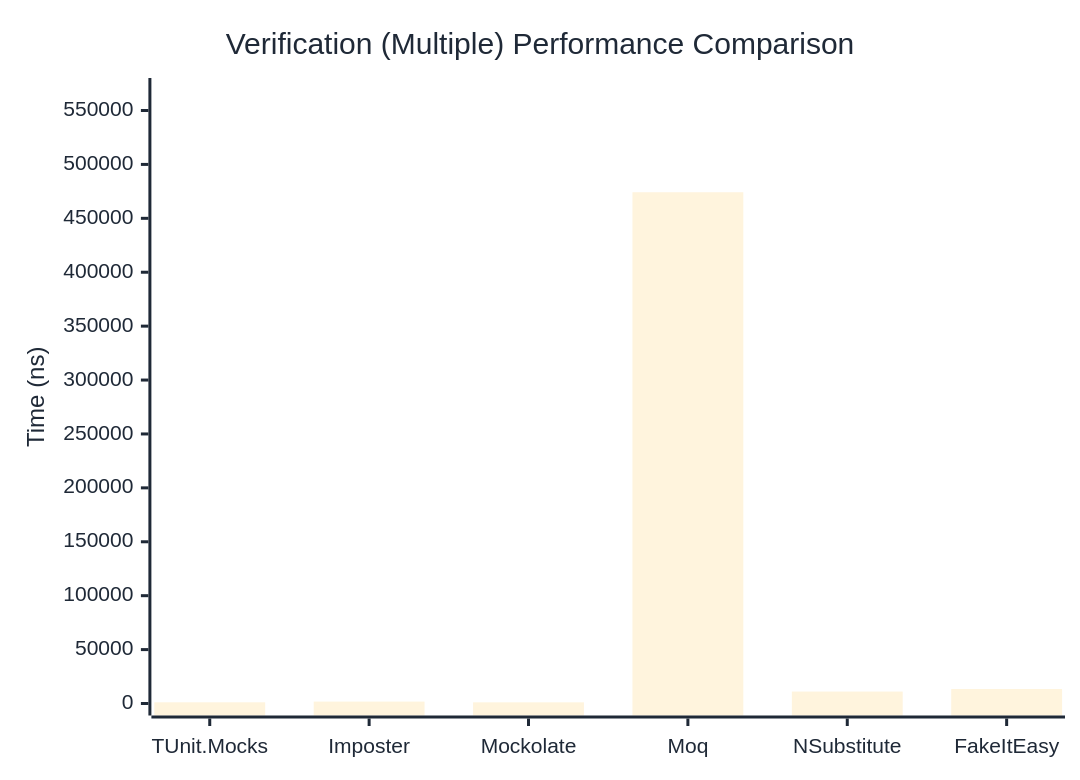
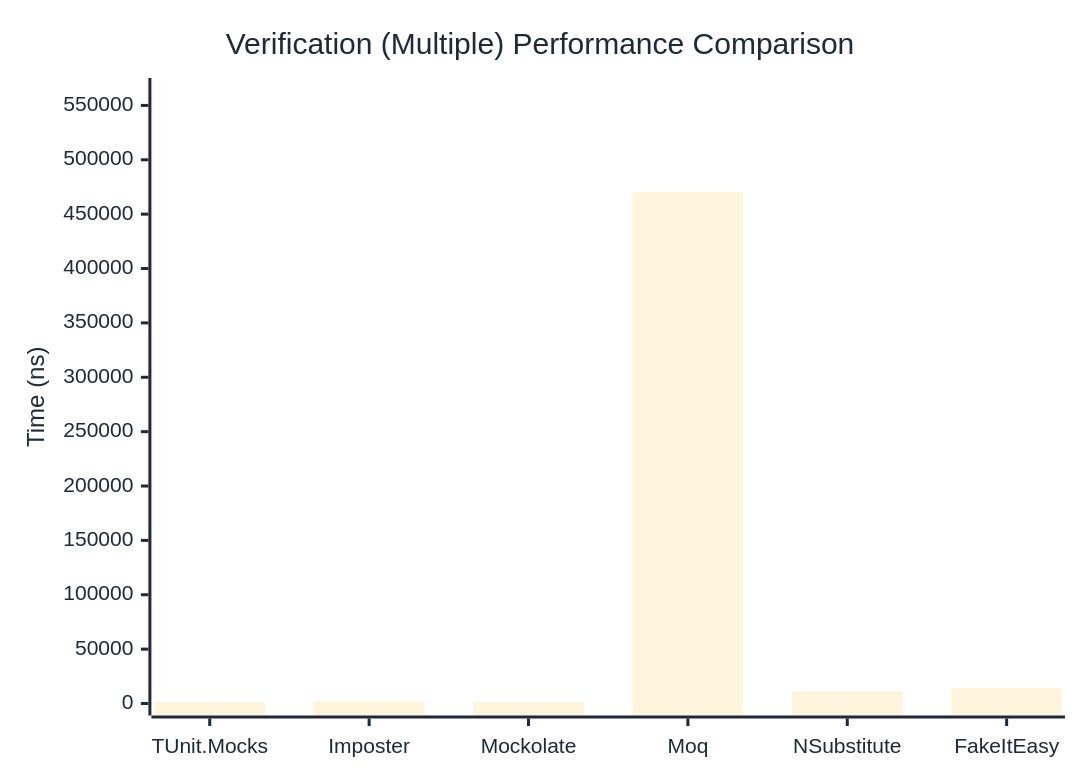
Before and after one commit to thomhurst/TUnit: the third of 3 diagrams in docs/docs/benchmarks/mocks/Verification.md, drawn with Mermaid. The commit also changed other lines of this file and 14 other files, not shown here.

````diff
--- a/docs/docs/benchmarks/mocks/Verification.md
+++ b/docs/docs/benchmarks/mocks/Verification.md
@@ -110,27 +110,27 @@
 ```mermaid
 %%{init: {
   'theme':'base',
   'themeVariables': {
     'primaryColor': '#2563eb',
     'primaryTextColor': '#1f2937',
     'primaryBorderColor': '#1e40af',
     'lineColor': '#6b7280',
     'secondaryColor': '#7c3aed',
     'tertiaryColor': '#dc2626',
     'background': '#ffffff',
     'pie1': '#2563eb',
     'pie2': '#7c3aed',
     'pie3': '#dc2626',
     'pie4': '#f59e0b',
     'pie5': '#10b981',
     'pie6': '#06b6d4',
     'pie7': '#ec4899',
     'pie8': '#6366f1'
   }
 }}%%
 xychart-beta
   title "Verification (Multiple) Performance Comparison"
   x-axis ["TUnit.Mocks", "Imposter", "Mockolate", "Moq", "NSubstitute", "FakeItEasy"]
-  y-axis "Time (ns)" 0 --> 569022
-  bar [1111.16, 1767.78, 1073.42, 474184.79, 11068.04, 13418.53]
+  y-axis "Time (ns)" 0 --> 564174
+  bar [1160.38, 1848.52, 1146.67, 470144.93, 11362.98, 14000.05]
 ```
````
